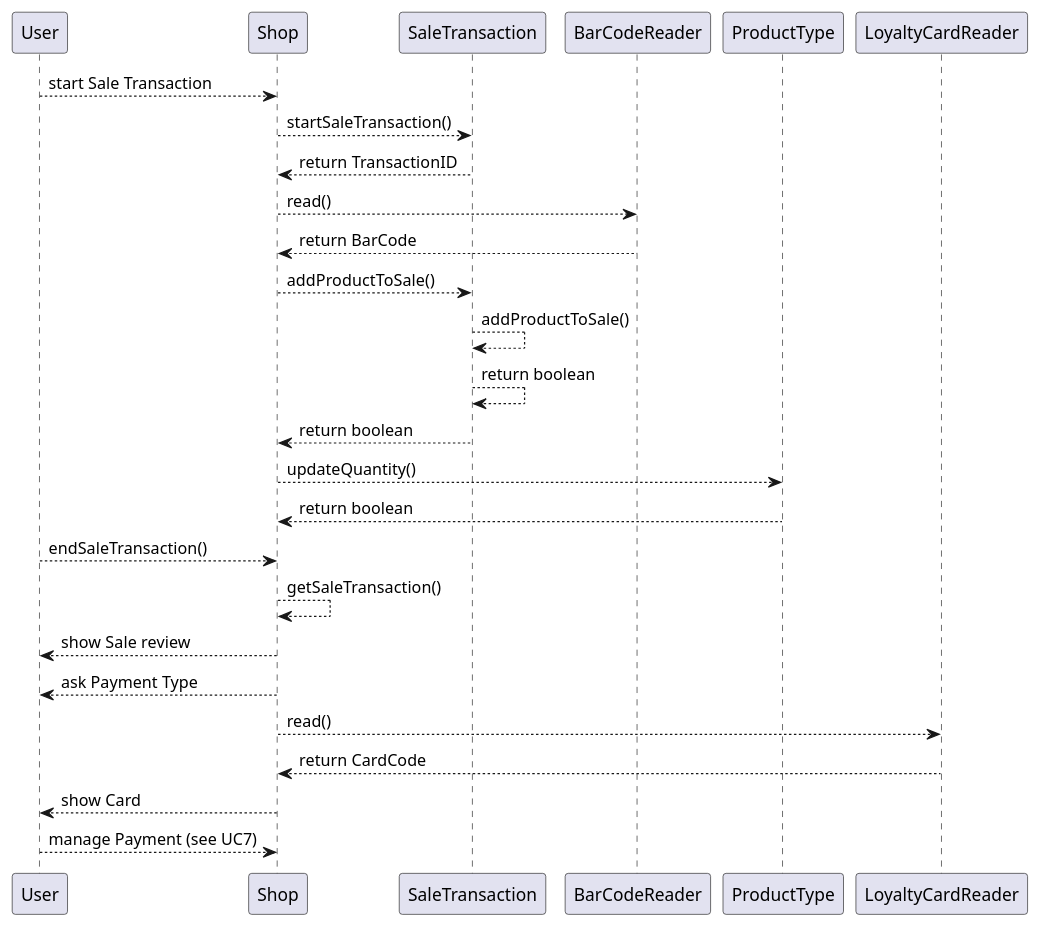
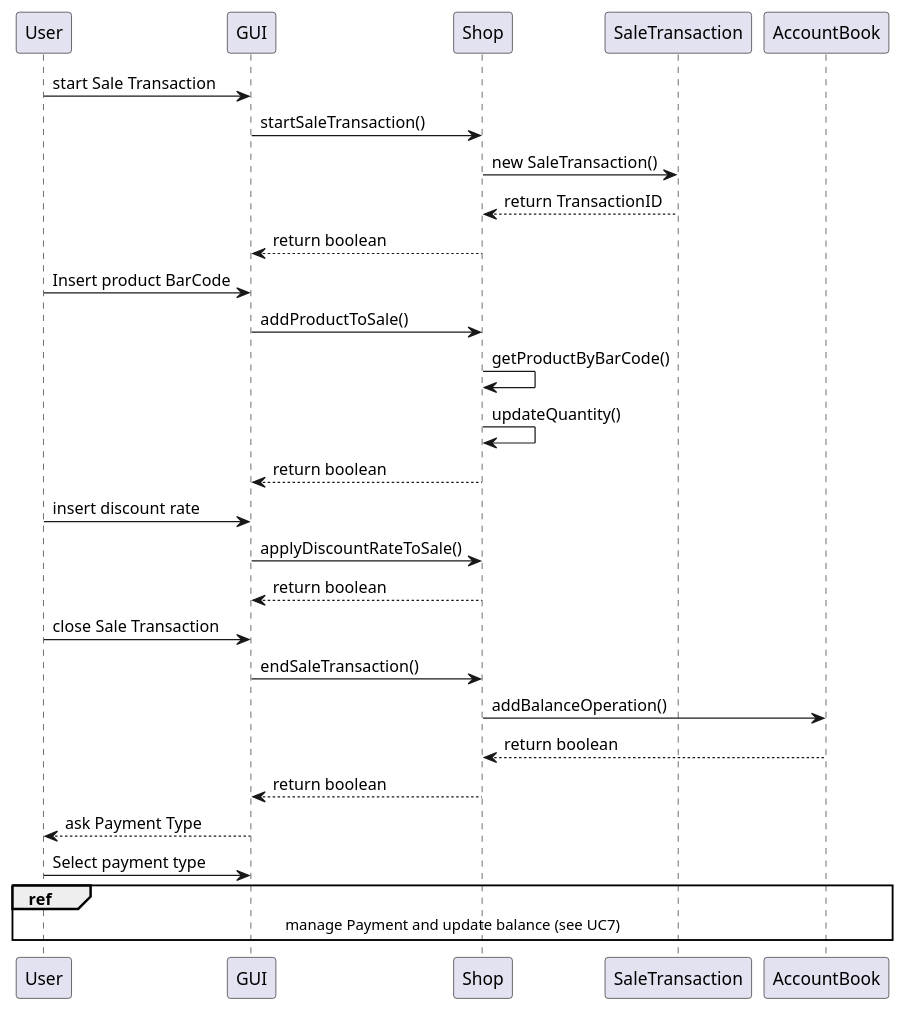
Before and after one commit to Stormz4/group20-EzShop: diagram 12 of 18 in Deliverables/DesignDocument.md, drawn with PlantUML. The commit also changed other lines of this file, not shown here.

Commit message:
Doc: Modified various UC sequence

````diff
--- a/Deliverables/DesignDocument.md
+++ b/Deliverables/DesignDocument.md
@@ -471,27 +467,27 @@
 ```plantuml
 @startuml
-User --> Shop: start Sale Transaction
-Shop --> SaleTransaction: startSaleTransaction()
+User -> GUI: start Sale Transaction
+GUI -> Shop: startSaleTransaction()
+Shop -> SaleTransaction: new SaleTransaction()
 SaleTransaction --> Shop: return TransactionID
-
-Shop --> BarCodeReader: read()
-BarCodeReader --> Shop : return BarCode
-
-Shop --> SaleTransaction: addProductToSale()
-SaleTransaction --> SaleTransaction : addProductToSale()
-SaleTransaction --> SaleTransaction : return boolean
-SaleTransaction --> Shop : return boolean
-Shop --> ProductType : updateQuantity()
-ProductType --> Shop: return boolean
-User --> Shop: endSaleTransaction()
-Shop --> Shop: getSaleTransaction()
-Shop --> User: show Sale review
-Shop --> User: ask Payment Type
-
-Shop --> LoyaltyCardReader: read()
-LoyaltyCardReader --> Shop : return CardCode
-
-Shop --> User: show Card
-User --> Shop: manage Payment (see UC7)
+Shop --> GUI: return boolean
+User -> GUI: Insert product BarCode
+GUI -> Shop: addProductToSale()
+Shop -> Shop: getProductByBarCode()
+Shop -> Shop : updateQuantity()
+Shop --> GUI: return boolean
+User -> GUI: insert discount rate
+GUI -> Shop: applyDiscountRateToSale()
+Shop --> GUI: return boolean
+User -> GUI: close Sale Transaction
+GUI -> Shop: endSaleTransaction()
+Shop -> AccountBook: addBalanceOperation()
+AccountBook --> Shop: return boolean
+Shop --> GUI: return boolean
+GUI --> User: ask Payment Type
+User -> GUI: Select payment type
+ref over GUI, User, Shop, AccountBook
+ manage Payment and update balance (see UC7)
+end ref
 @enduml
 ```
````
